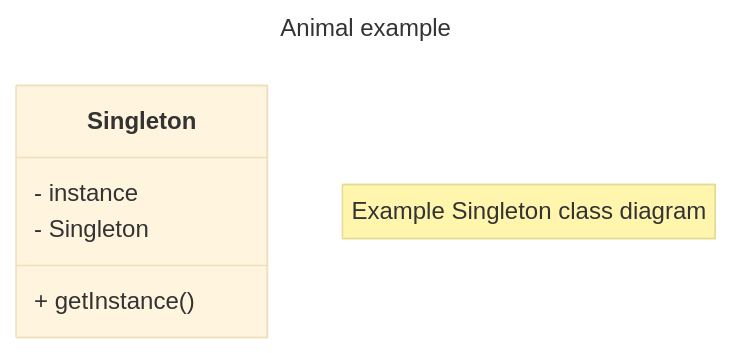
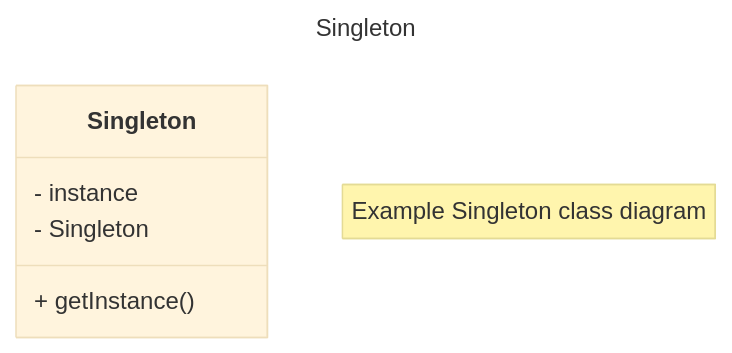
One commit to SchrodtSven/WhatsTheStory changed the diagram in se/DesignPatterns/Singleton.md. Above: the diagram before and after it, drawn with Mermaid (base theme). The commit also changed other lines of this file, not shown here.

Commit message:
Adding stuff to design patterns (Singleton)

````diff
--- a/se/DesignPatterns/Singleton.md
+++ b/se/DesignPatterns/Singleton.md
@@ -9,14 +9,14 @@
 ```mermaid
 ---
-title: Animal example
+title: Singleton
 ---
 classDiagram
     note "Example Singleton class diagram"
     
     class Singleton{
         - instance
         + getInstance()
         - Singleton
     }
 
 ```
````
